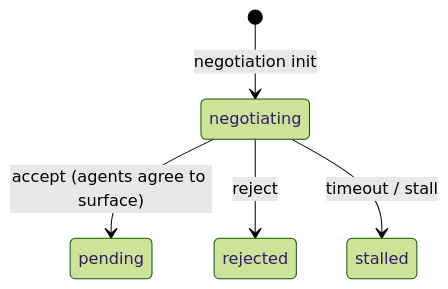
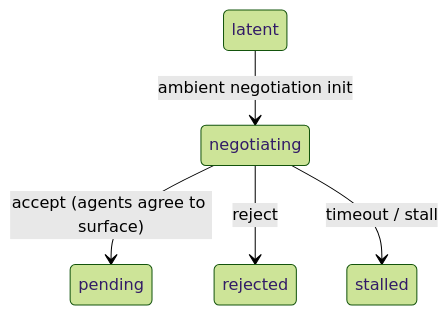
Before and after one commit to indexnetwork/index: the fourth of 8 diagrams in docs/design/opportunity-status-lifecycle.md, drawn with Mermaid (forest theme). The commit also changed other lines of this file and 7 other files, not shown here.

````diff
--- a/docs/design/opportunity-status-lifecycle.md
+++ b/docs/design/opportunity-status-lifecycle.md
@@ -151,7 +148,7 @@
 ```mermaid
 stateDiagram-v2
-    [*] --> negotiating: negotiation init
+    latent --> negotiating: ambient negotiation init
     negotiating --> pending: accept (agents agree to surface)
     negotiating --> rejected: reject
     negotiating --> stalled: timeout / stall
 ```
````
